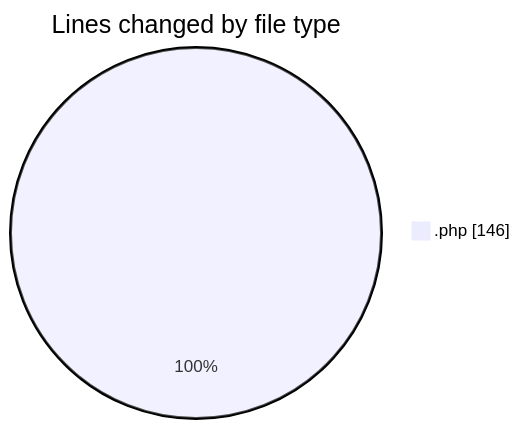
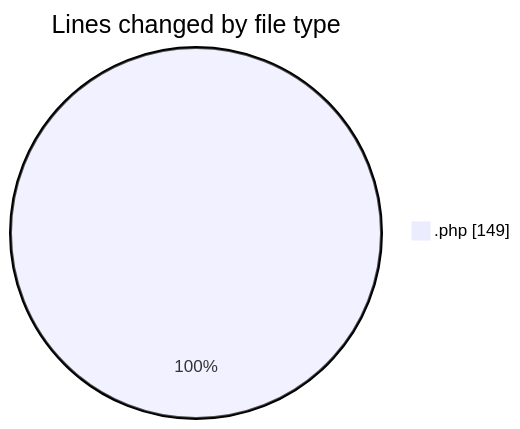
One commit to LanceThiago/code-tracking changed the first of 2 diagrams in 2025-05-14/web/README.md. Above: the diagram before and after it, drawn with Mermaid. The commit also changed other lines of this file and 1 other file, not shown here.

````diff
--- a/2025-05-14/web/README.md
+++ b/2025-05-14/web/README.md
@@ -20,5 +20,5 @@
 ```mermaid
 pie showData
 title Lines changed by file type
-".php" : 146
+".php" : 149
 ```
````
